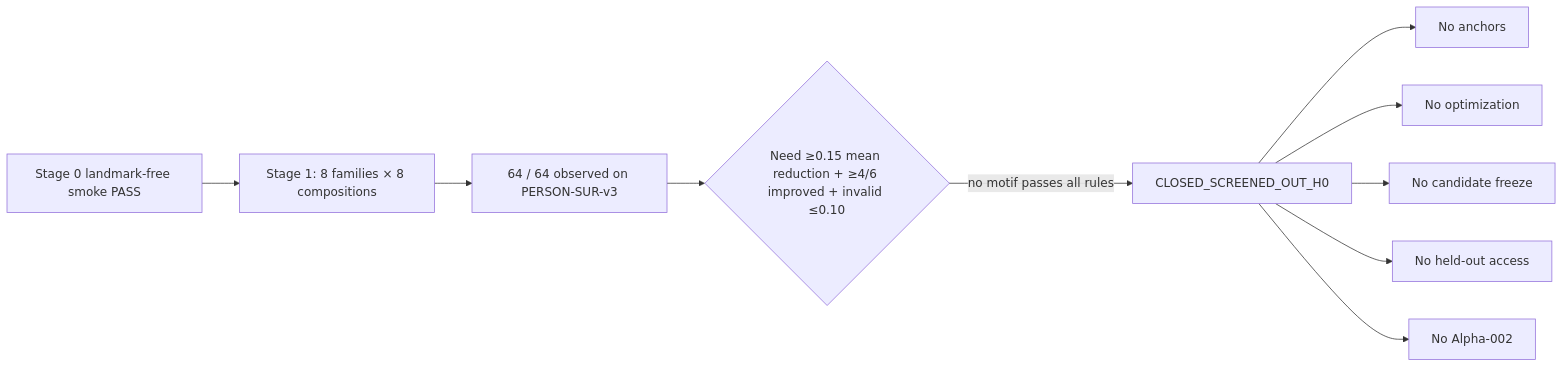
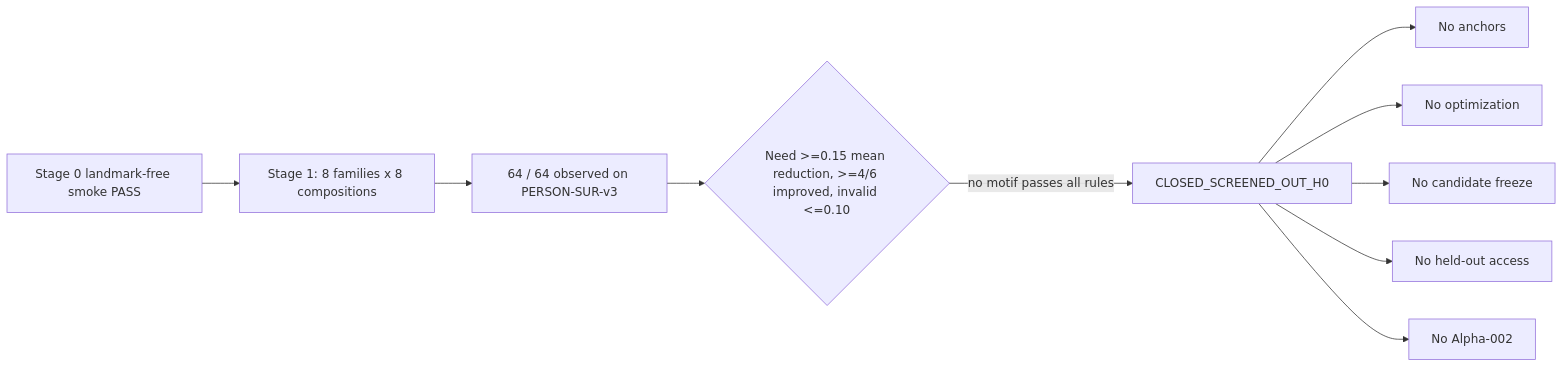
The fourth of 13 diagrams in docs/DIAGRAMS.md (ninja-ops-guy/adversarial-clothing-pipeline), drawn with Mermaid before and after one commit. The commit also changed other lines of this file, not shown here.

Commit message:
fix: harden Mermaid diagrams for GitHub rendering

````diff
--- a/docs/DIAGRAMS.md
+++ b/docs/DIAGRAMS.md
@@ -95,12 +97,12 @@
 ```mermaid
 flowchart LR
-    A[Stage 0 landmark-free smoke PASS] --> B[Stage 1: 8 families × 8 compositions]
-    B --> C[64 / 64 observed on PERSON-SUR-v3]
-    C --> D{Need ≥0.15 mean reduction + ≥4/6 improved + invalid ≤0.10}
-    D -- no motif passes all rules --> E[CLOSED_SCREENED_OUT_H0]
-    E --> F[No anchors]
-    E --> G[No optimization]
-    E --> H[No candidate freeze]
-    E --> I[No held-out access]
-    E --> J[No Alpha-002]
+    A["Stage 0 landmark-free smoke PASS"] --> B["Stage 1: 8 families x 8 compositions"]
+    B --> C["64 / 64 observed on PERSON-SUR-v3"]
+    C --> D{"Need >=0.15 mean reduction, >=4/6 improved, invalid <=0.10"}
+    D -->|"no motif passes all rules"| E["CLOSED_SCREENED_OUT_H0"]
+    E --> F["No anchors"]
+    E --> G["No optimization"]
+    E --> H["No candidate freeze"]
+    E --> I["No held-out access"]
+    E --> J["No Alpha-002"]
 ```
````
